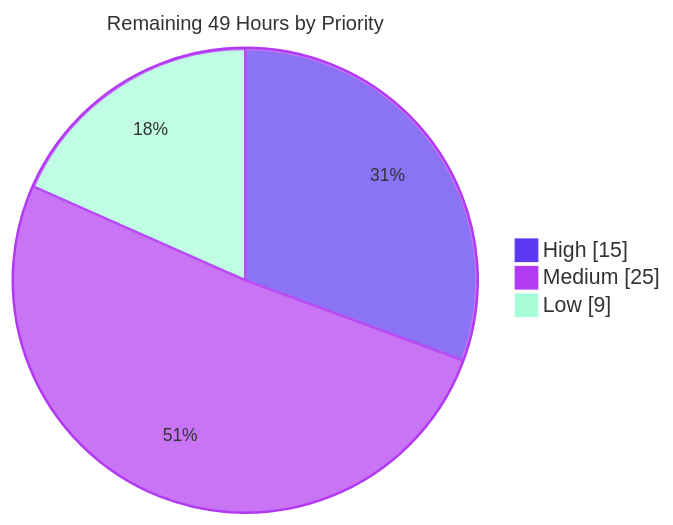
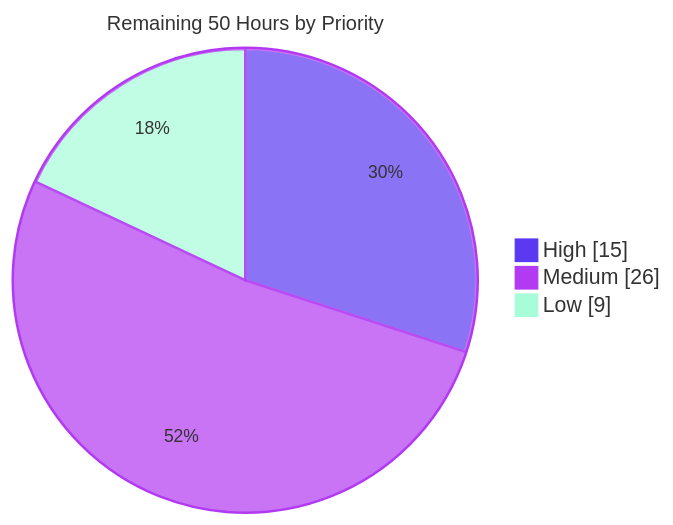
One commit to Blitzy-Sandbox/blitzy-ArkCase changed the third of 3 diagrams in blitzy/documentation/Project Guide.md. Above: the diagram before and after it, drawn with Mermaid. The commit also changed other lines of this file, not shown here.

Commit message:
Adding Blitzy Project Guide: Project Status and Human Tasks Remaining

````diff
--- a/blitzy/documentation/Project Guide.md
+++ b/blitzy/documentation/Project Guide.md
@@ -270,8 +268,8 @@
 ```mermaid
 %%{init: {'theme':'base', 'themeVariables': {'pie1':'#5B39F3','pie2':'#B23AF2','pie3':'#A8FDD9','pieStrokeColor':'#B23AF2','pieStrokeWidth':'2px','pieOuterStrokeColor':'#B23AF2','pieTitleTextSize':'16px','pieSectionTextSize':'14px'}}}%%
 pie showData
-    title Remaining 49 Hours by Priority
+    title Remaining 50 Hours by Priority
     "High" : 15
-    "Medium" : 25
+    "Medium" : 26
     "Low" : 9
 ```
````
